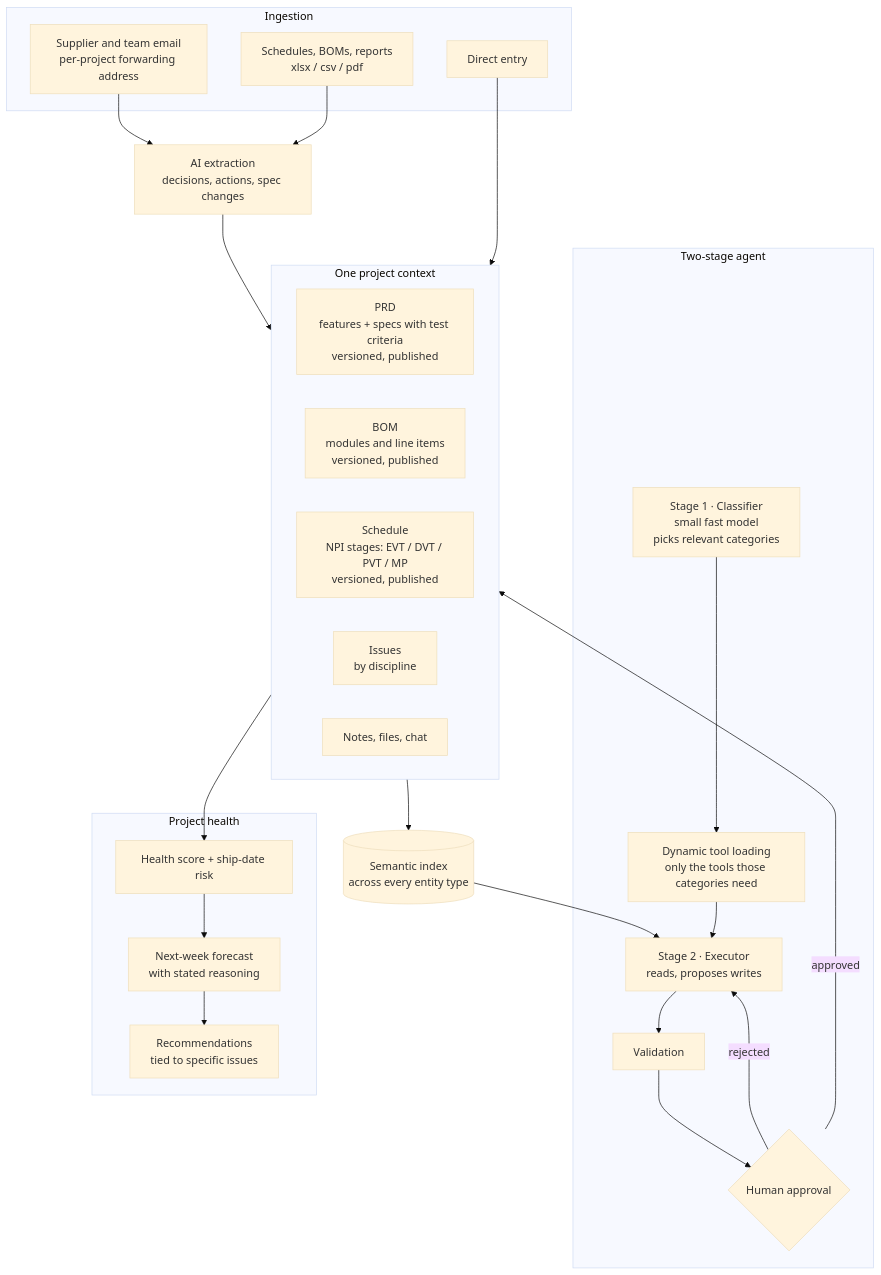
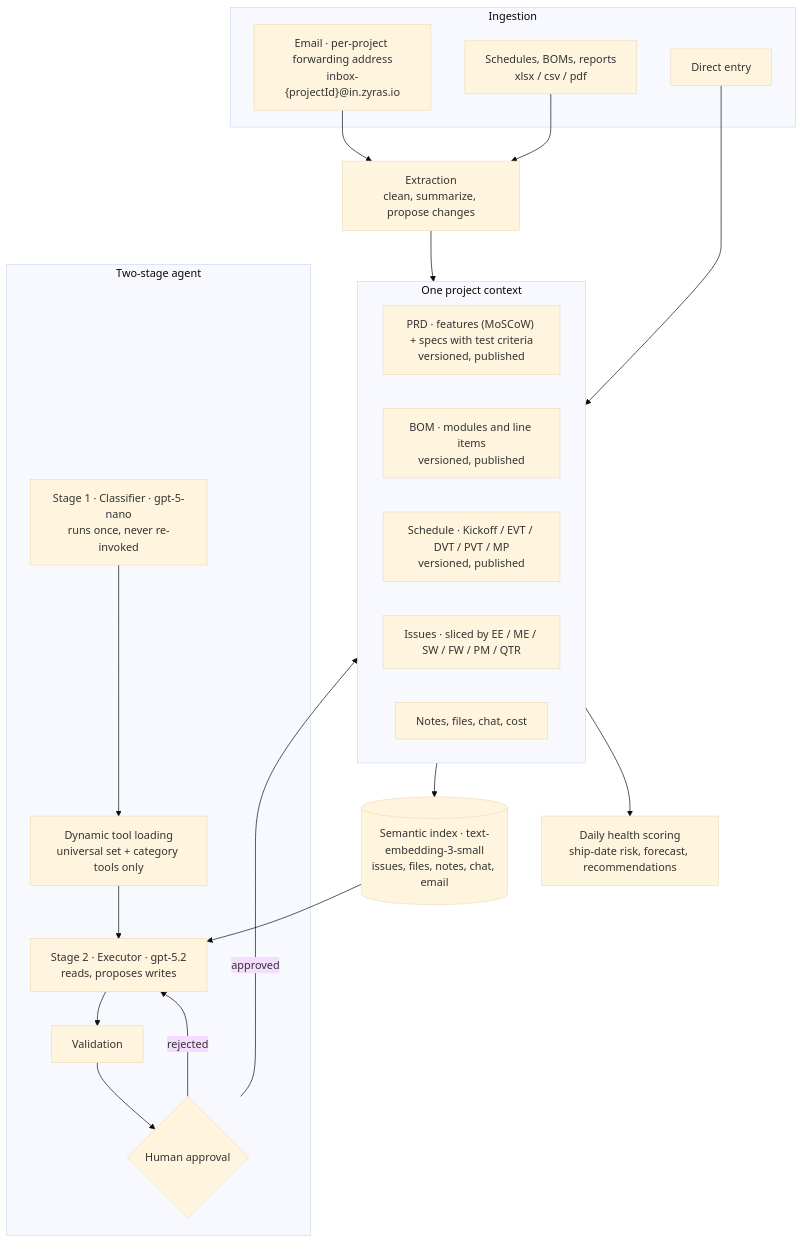
Before and after one commit to jimmy1220fbab/zyras-case-study: the first of 2 diagrams in README.md, drawn with Mermaid (base theme). The commit also changed other lines of this file, not shown here.

First line of the commit message:
Raise disclosure to architecture level

````diff
--- a/README.md
+++ b/README.md
@@ -22,42 +22,38 @@
 ```mermaid
 flowchart TB
   subgraph Ingest["Ingestion"]
-    EMAIL["Supplier and team email<br/>per-project forwarding address"]
+    EMAIL["Email · per-project forwarding address<br/>inbox-{projectId}@in.zyras.io"]
     FILES["Schedules, BOMs, reports<br/>xlsx / csv / pdf"]
     UI["Direct entry"]
   end
 
-  subgraph Context["One project context"]
-    PRD["PRD<br/>features + specs with test criteria<br/>versioned, published"]
-    BOM["BOM<br/>modules and line items<br/>versioned, published"]
-    SCH["Schedule<br/>NPI stages: EVT / DVT / PVT / MP<br/>versioned, published"]
-    ISS["Issues<br/>by discipline"]
-    NOTE["Notes, files, chat"]
+  EMAIL --> EXTRACT["Extraction<br/>clean, summarize, propose changes"]
+  FILES --> EXTRACT
+  EXTRACT --> CTX
+  UI --> CTX
+
+  subgraph CTX["One project context"]
+    PRD["PRD · features (MoSCoW) + specs with test criteria<br/>versioned, published"]
+    BOM["BOM · modules and line items<br/>versioned, published"]
+    SCH["Schedule · Kickoff / EVT / DVT / PVT / MP<br/>versioned, published"]
+    ISS["Issues · sliced by EE / ME / SW / FW / PM / QTR"]
+    NOTE["Notes, files, chat, cost"]
   end
 
-  subgraph Agent["Two-stage agent"]
-    CL["Stage 1 · Classifier<br/>small fast model<br/>picks relevant categories"]
-    TOOLS["Dynamic tool loading<br/>only the tools those categories need"]
-    EX["Stage 2 · Executor<br/>reads, proposes writes"]
+  CTX --> IDX[("Semantic index · text-embedding-3-small<br/>issues, files, notes, chat, email")]
+
+  subgraph AGENT["Two-stage agent"]
+    CL["Stage 1 · Classifier · gpt-5-nano<br/>runs once, never re-invoked"]
+    TL["Dynamic tool loading<br/>universal set + category tools only"]
+    EX["Stage 2 · Executor · gpt-5.2<br/>reads, proposes writes"]
     VAL["Validation"]
-    APPROVE{"Human approval"}
+    AP{"Human approval"}
   end
 
-  subgraph Health["Project health"]
-    SCORE["Health score + ship-date risk"]
-    FC["Next-week forecast<br/>with stated reasoning"]
-    REC["Recommendations<br/>tied to specific issues"]
-  end
+  IDX --> EX
+  CL --> TL --> EX --> VAL --> AP
+  AP -->|approved| CTX
+  AP -->|rejected| EX
 
-  EMAIL --> EXTRACT["AI extraction<br/>decisions, actions, spec changes"] --> Context
-  FILES --> EXTRACT
-  UI --> Context
-
-  Context --> RAG[("Semantic index<br/>across every entity type")]
-  RAG --> EX
-  CL --> TOOLS --> EX --> VAL --> APPROVE
-  APPROVE -->|approved| Context
-  APPROVE -->|rejected| EX
-
-  Context --> SCORE --> FC --> REC
+  CTX --> HEALTH["Daily health scoring<br/>ship-date risk, forecast, recommendations"]
 ```
````
